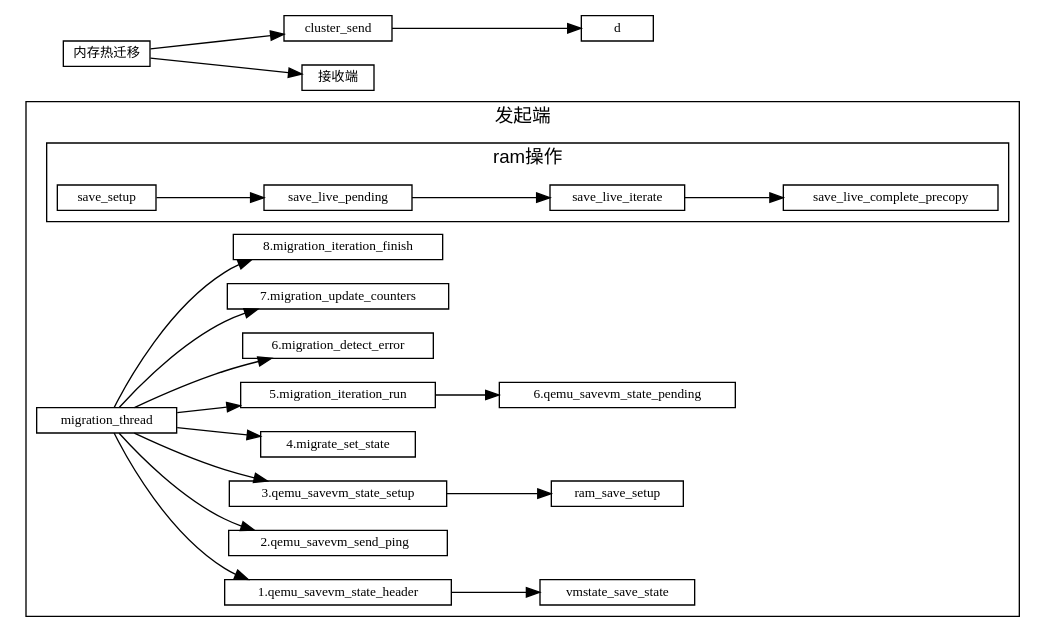
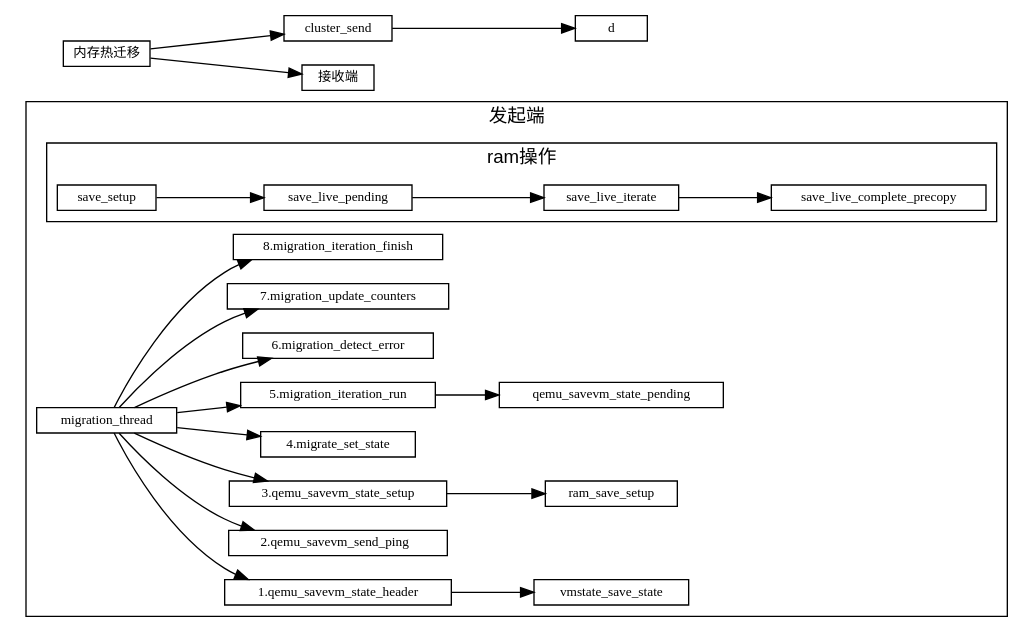
One commit to sisyphus1212/note changed the diagram in 虚拟化/热迁移/1-内存热迁移.md. Above: the diagram before and after it, drawn with Graphviz.

Commit message:
auto_update

````diff
--- a/虚拟化/热迁移/1-内存热迁移.md
+++ b/虚拟化/热迁移/1-内存热迁移.md
@@ -11,42 +11,42 @@
 ```graphviz
 digraph 热迁移 {
 fontname="Helvetica,Arial,sans-serif"
 //node [fontname="Helvetica,Arial,sans-serif"]
 //edge [fontname="Helvetica,Arial,sans-serif"]
 rankdir="LR"
 node [fontsize=10, shape=box, height=0.25]
 edge [fontsize=10]
 
   subgraph send {
     cluster=true;
     label="发起端";
     subgraph ram_opts {
       cluster=true;
       label="ram操作";
       save_setup ->
       save_live_pending ->
       save_live_iterate ->
       save_live_complete_precopy;
     }
     migration_thread -> "1.qemu_savevm_state_header"
                      -> vmstate_save_state;
     migration_thread -> "2.qemu_savevm_send_ping  ";
     migration_thread -> "3.qemu_savevm_state_setup"
                      ->   ram_save_setup;
     migration_thread ->  "4.migrate_set_state";
     migration_thread ->  "5.migration_iteration_run"
-                     ->  "6.qemu_savevm_state_pending";
+                     ->  "qemu_savevm_state_pending";
     migration_thread ->  "6.migration_detect_error";
     migration_thread ->  "7.migration_update_counters";
     migration_thread ->  "8.migration_iteration_finish";
 
 
   }
 
 内存热迁移 [label="内存热迁移"]
 内存热迁移 -> cluster_send
            -> d
 
 内存热迁移 -> 接收端
 }
 ```
````
